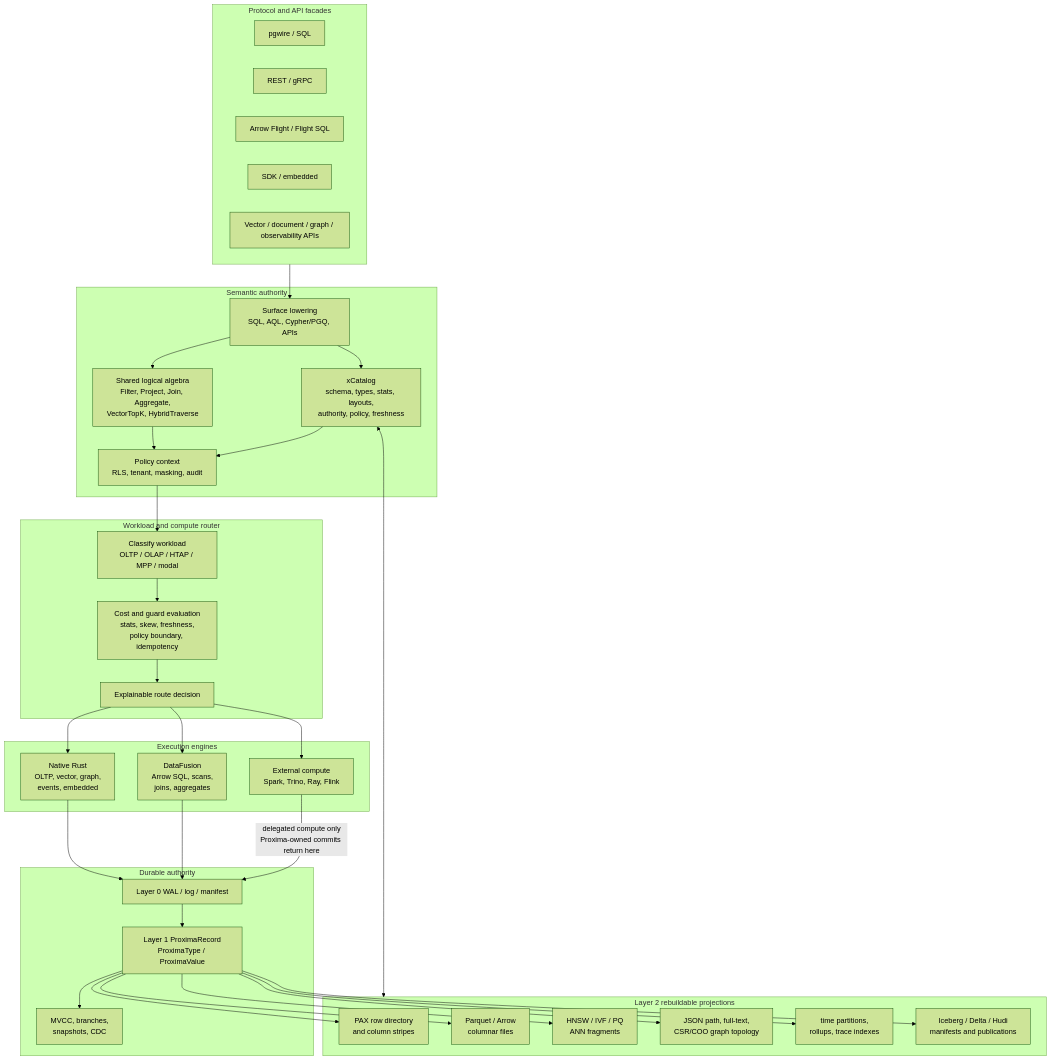
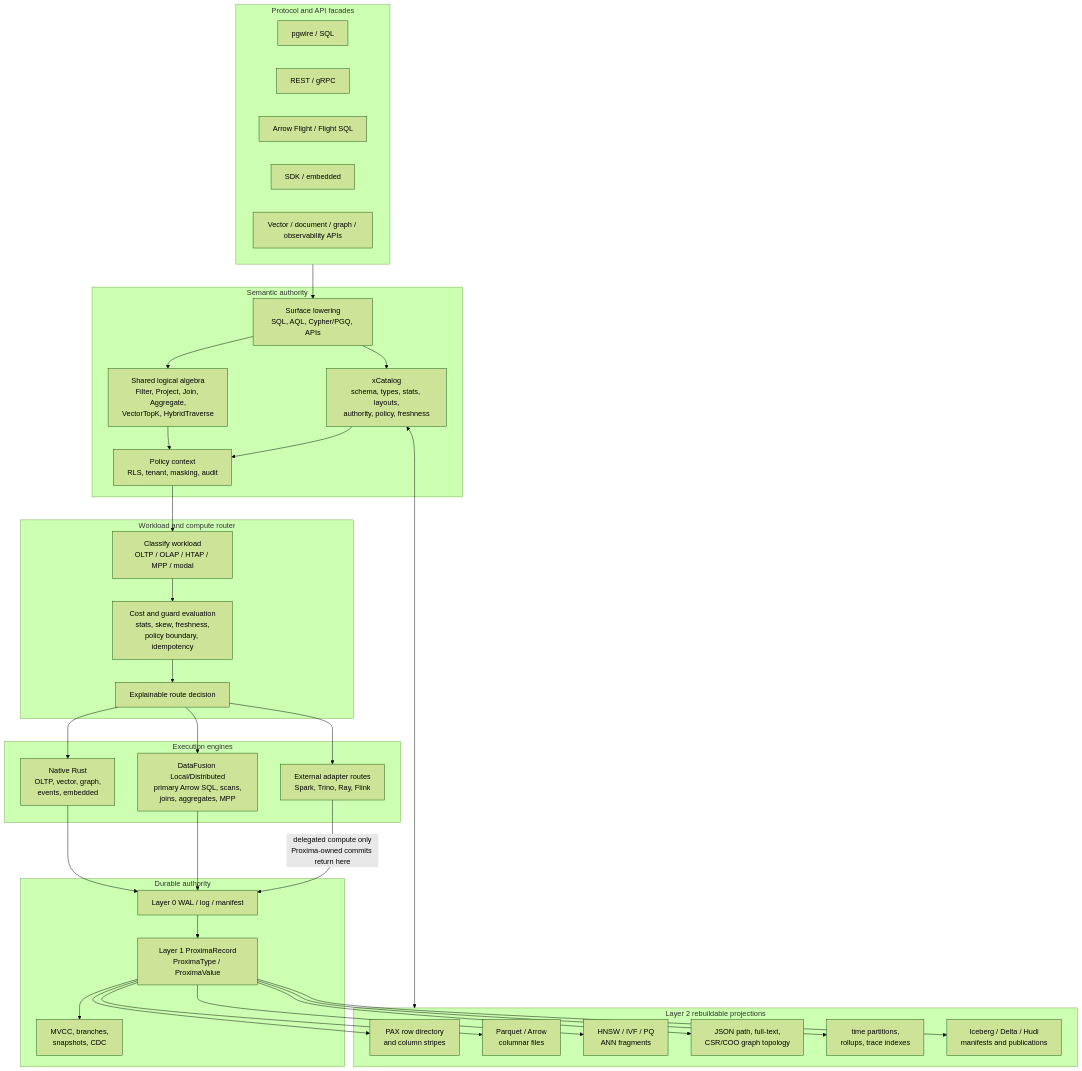
One commit to vjsingh1984/proximaDB changed the first of 5 diagrams in docs/12-design/COMPETITIVE_OLTP_OLAP_MPP_TRAJECTORY_2026_05_20.adoc. Above: the diagram before and after it, drawn with Mermaid (forest theme). The commit also changed other lines of this file and 20 other files, not shown here.

```diff
--- a/docs/12-design/COMPETITIVE_OLTP_OLAP_MPP_TRAJECTORY_2026_05_20.adoc
+++ b/docs/12-design/COMPETITIVE_OLTP_OLAP_MPP_TRAJECTORY_2026_05_20.adoc
@@ -260,66 +261,66 @@
 [source,mermaid]
 ----
 flowchart TB
   subgraph Facades["Protocol and API facades"]
     Pgwire["pgwire / SQL"]
     RestGrpc["REST / gRPC"]
     Flight["Arrow Flight / Flight SQL"]
     SDK["SDK / embedded"]
     Modal["Vector / document / graph / observability APIs"]
   end
 
   subgraph Semantic["Semantic authority"]
     Lower["Surface lowering\nSQL, AQL, Cypher/PGQ, APIs"]
     Algebra["Shared logical algebra\nFilter, Project, Join, Aggregate,\nVectorTopK, HybridTraverse"]
     Catalog["xCatalog\nschema, types, stats, layouts,\nauthority, policy, freshness"]
     Policy["Policy context\nRLS, tenant, masking, audit"]
   end
 
   subgraph Router["Workload and compute router"]
     Classify["Classify workload\nOLTP / OLAP / HTAP / MPP / modal"]
     Cost["Cost and guard evaluation\nstats, skew, freshness,\npolicy boundary, idempotency"]
     Explain["Explainable route decision"]
   end
 
   subgraph Compute["Execution engines"]
     Native["Native Rust\nOLTP, vector, graph,\nevents, embedded"]
-    DF["DataFusion\nArrow SQL, scans,\njoins, aggregates"]
-    External["External compute\nSpark, Trino, Ray, Flink"]
+    DF["DataFusion Local/Distributed\nprimary Arrow SQL, scans,\njoins, aggregates, MPP"]
+    External["External adapter routes\nSpark, Trino, Ray, Flink"]
   end
 
   subgraph Authority["Durable authority"]
     WAL["Layer 0 WAL / log / manifest"]
     Records["Layer 1 ProximaRecord\nProximaType / ProximaValue"]
     Versions["MVCC, branches,\nsnapshots, CDC"]
   end
 
   subgraph Projections["Layer 2 rebuildable projections"]
     PAX["PAX row directory\nand column stripes"]
     Columnar["Parquet / Arrow\ncolumnar files"]
     ANN["HNSW / IVF / PQ\nANN fragments"]
     JsonGraph["JSON path, full-text,\nCSR/COO graph topology"]
     TimeObs["time partitions,\nrollups, trace indexes"]
     Open["Iceberg / Delta / Hudi\nmanifests and publications"]
   end
 
   Facades --> Lower --> Algebra
   Lower --> Catalog
   Algebra --> Policy
   Catalog --> Policy
   Policy --> Classify --> Cost --> Explain
   Explain --> Native
   Explain --> DF
   Explain --> External
 
   Native --> WAL
   DF --> WAL
   External -->|delegated compute only\nProxima-owned commits return here| WAL
   WAL --> Records --> Versions
   Records --> PAX
   Records --> Columnar
   Records --> ANN
   Records --> JsonGraph
   Records --> TimeObs
   Records --> Open
   Catalog <--> Projections
 ----
```
